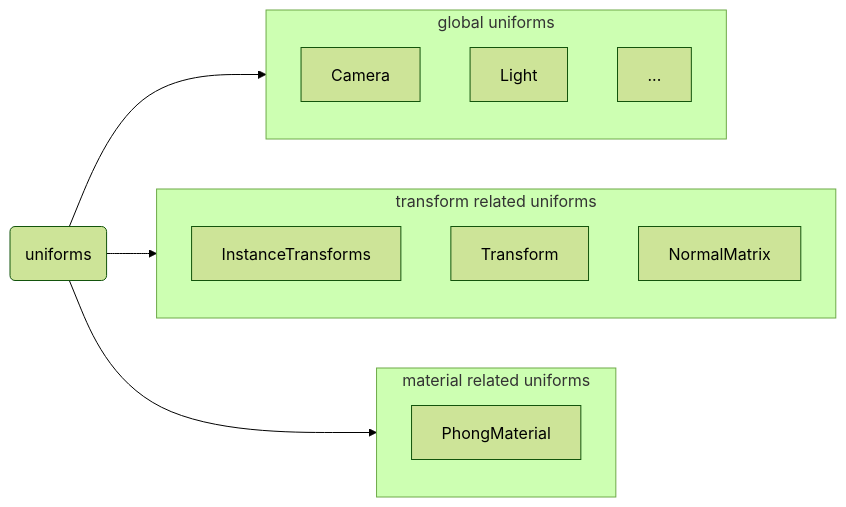
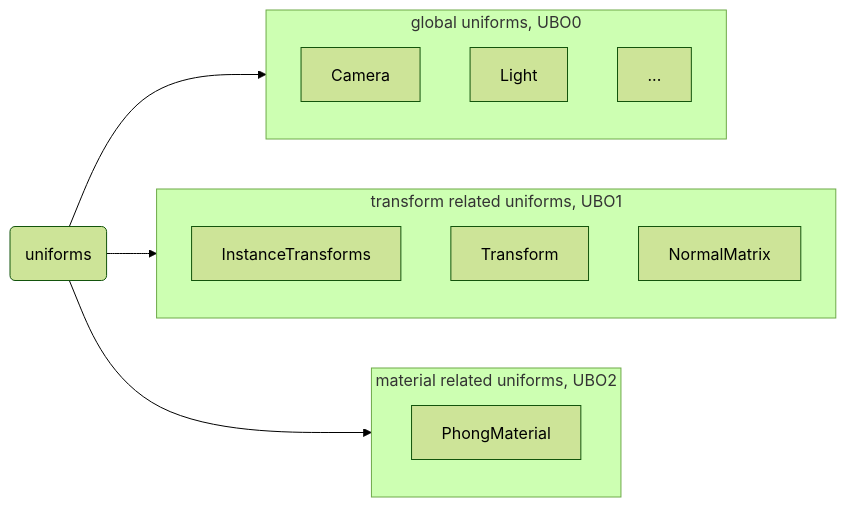
The diagram in docs/uniform.md (michael8090/learn-webgpu-ts), drawn with Mermaid (forest theme) before and after one commit.

Commit message:
update diagram

````diff
--- a/docs/uniform.md
+++ b/docs/uniform.md
@@ -3,29 +3,29 @@
 ```mermaid
 graph LR;
 
 uniforms(uniforms)
 
-subgraph global_uniforms[global uniforms]
+subgraph global_uniforms[global uniforms, UBO0]
 Camera
 Light
 ...
 end
 
-subgraph transform_related_uniforms[transform related uniforms]
+subgraph transform_related_uniforms[transform related uniforms, UBO1]
 InstanceTransforms
 Transform
 NormalMatrix
 ...
 end
 
-subgraph material_related_uniforms[material related uniforms]
+subgraph material_related_uniforms[material related uniforms, UBO2]
 PhongMaterial
 ...
 end
 
 
 uniforms --> global_uniforms
 uniforms --> transform_related_uniforms
 uniforms --> material_related_uniforms
 
 ```
````
